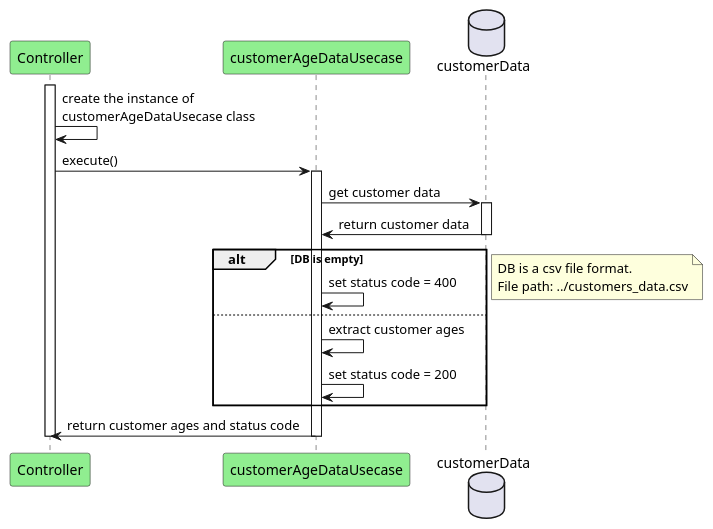
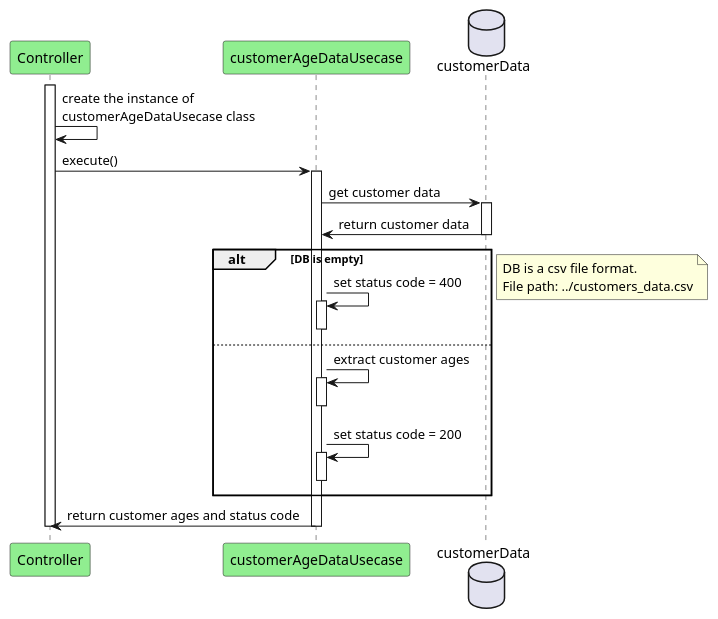
Before and after one commit to TS-1224/CS361-PDMS: the fifth of 5 diagrams in README.md, drawn with PlantUML. The commit also changed other lines of this file, not shown here.

````diff
--- a/README.md
+++ b/README.md
@@ -209,39 +241,46 @@
 ```plantuml
 @startuml
 
 ' Participants
 Participant Controller as cont #LightGreen
 Participant customerAgeDataUsecase as uc #LightGreen
 database customerData as cd
 
 activate cont
 
 cont -> cont: create the instance of \ncustomerAgeDataUsecase class
 cont -> uc: execute()
 
 activate uc
 
 uc -> cd: get customer data
 activate cd
 cd -> uc: return customer data
 deactivate cd
 
 alt DB is empty
     uc -> uc: set status code = 400
+    activate uc
+    deactivate uc
 else
 
     uc -> uc: extract customer ages
+    activate uc
+    deactivate uc
+
     uc -> uc: set status code = 200
+    activate uc
+    deactivate uc
 end
 
 note right
  DB is a csv file format.
  File path: ../customers_data.csv
 end note
 
 cont <- uc: return customer ages and status code
 
 deactivate uc
 deactivate cont
 @enduml
 ```
````
